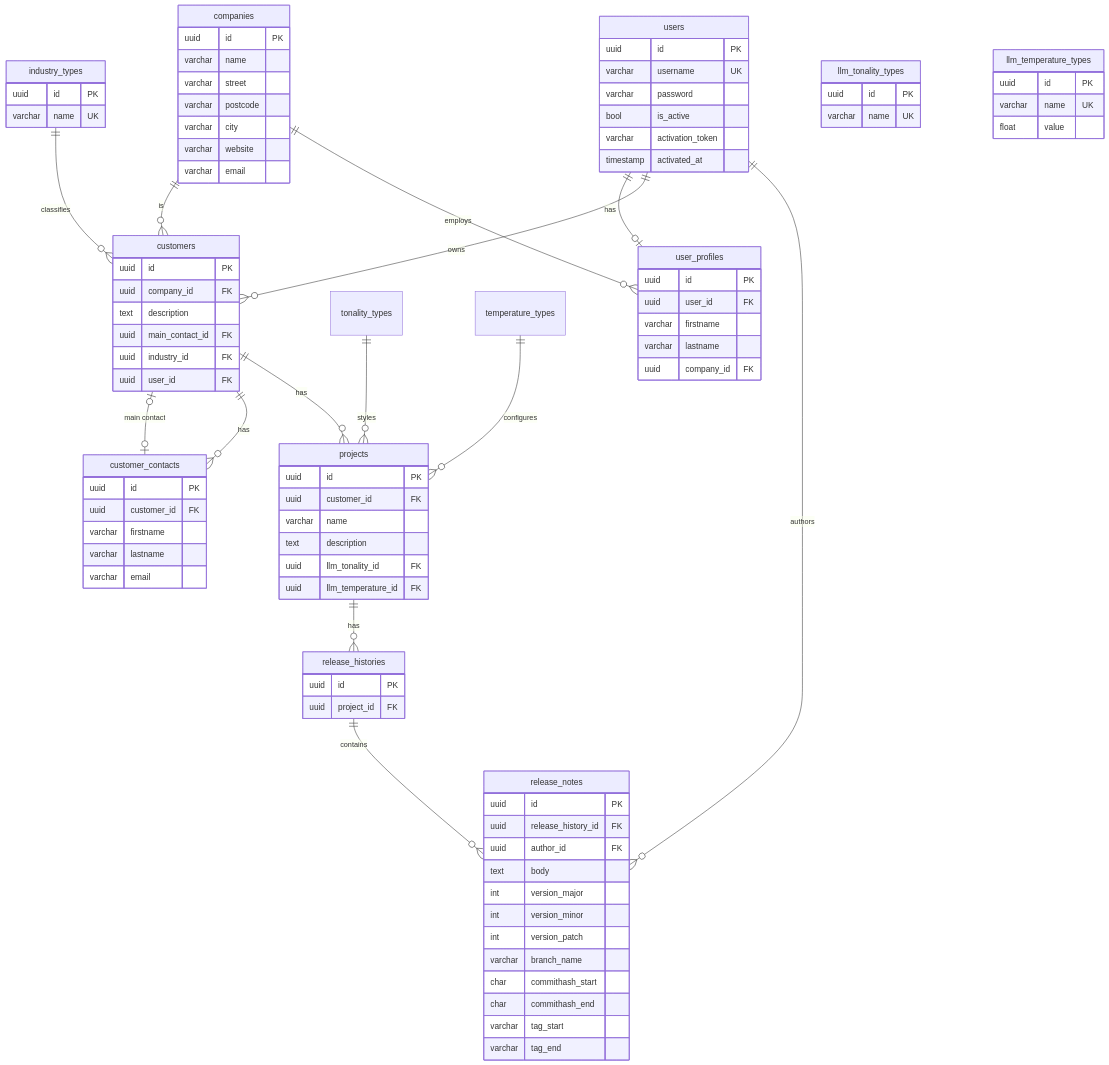
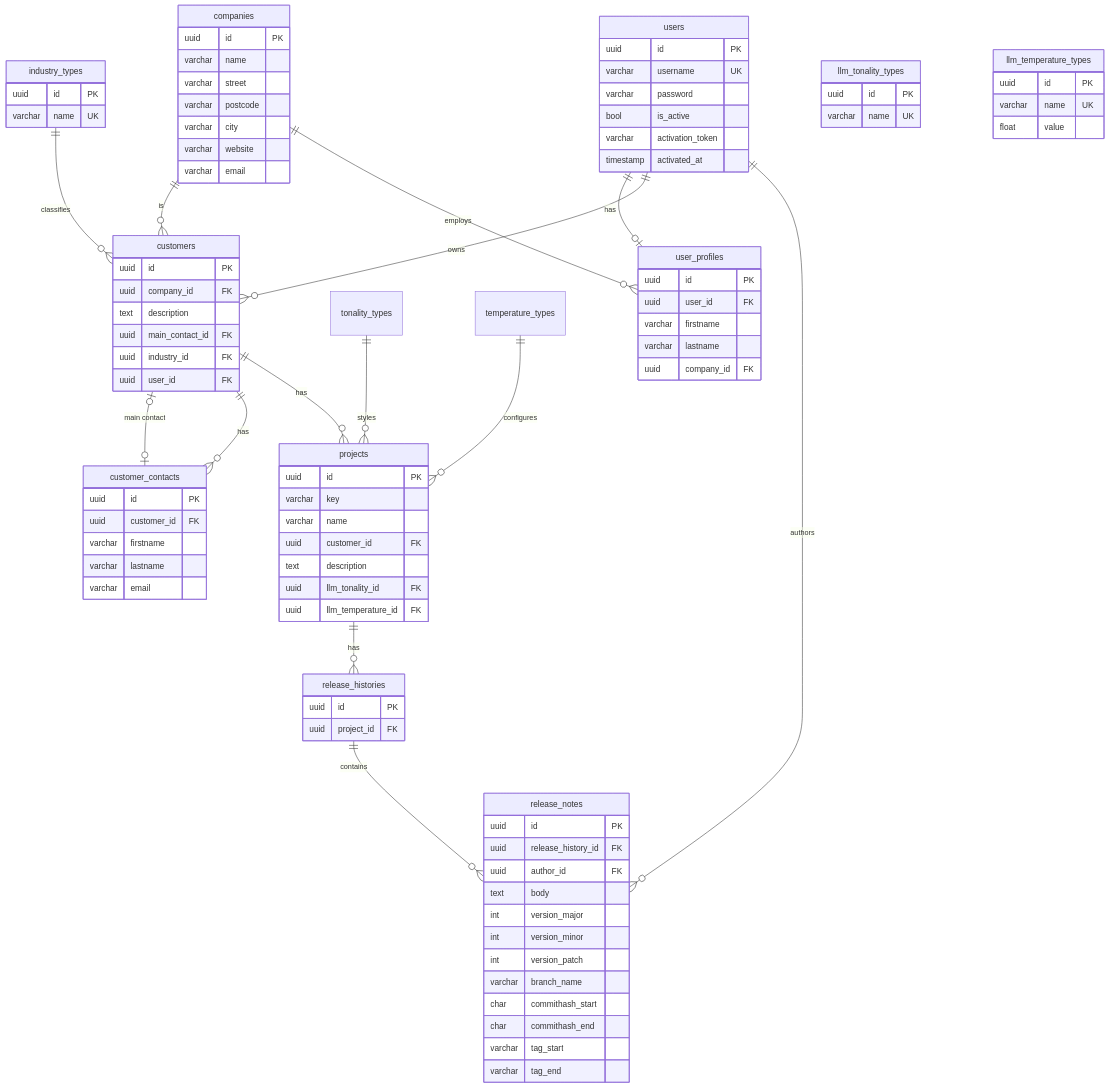
The diagram in docs/design/database/schema.md (zihmm/rylees), drawn with Mermaid before and after one commit. The commit also changed other lines of this file and 1 other file, not shown here.

Commit message:
- Added CLI endpoint spec - Added the project key (slug) to project table in db schema

```diff
--- a/docs/design/database/schema.md
+++ b/docs/design/database/schema.md
@@ -34,8 +34,9 @@
 
     projects {
         uuid id PK
+        varchar key
+        varchar name
         uuid customer_id FK
-        varchar name
         text description
         uuid llm_tonality_id FK
         uuid llm_temperature_id FK
```
